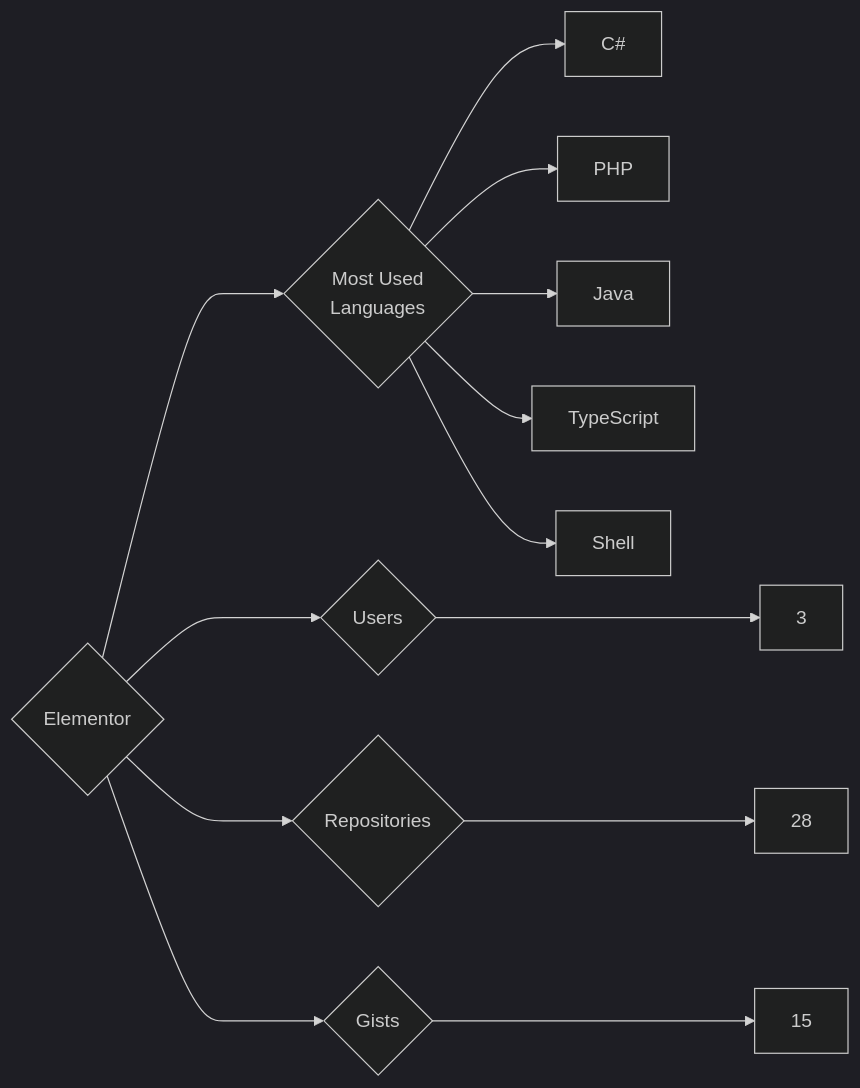
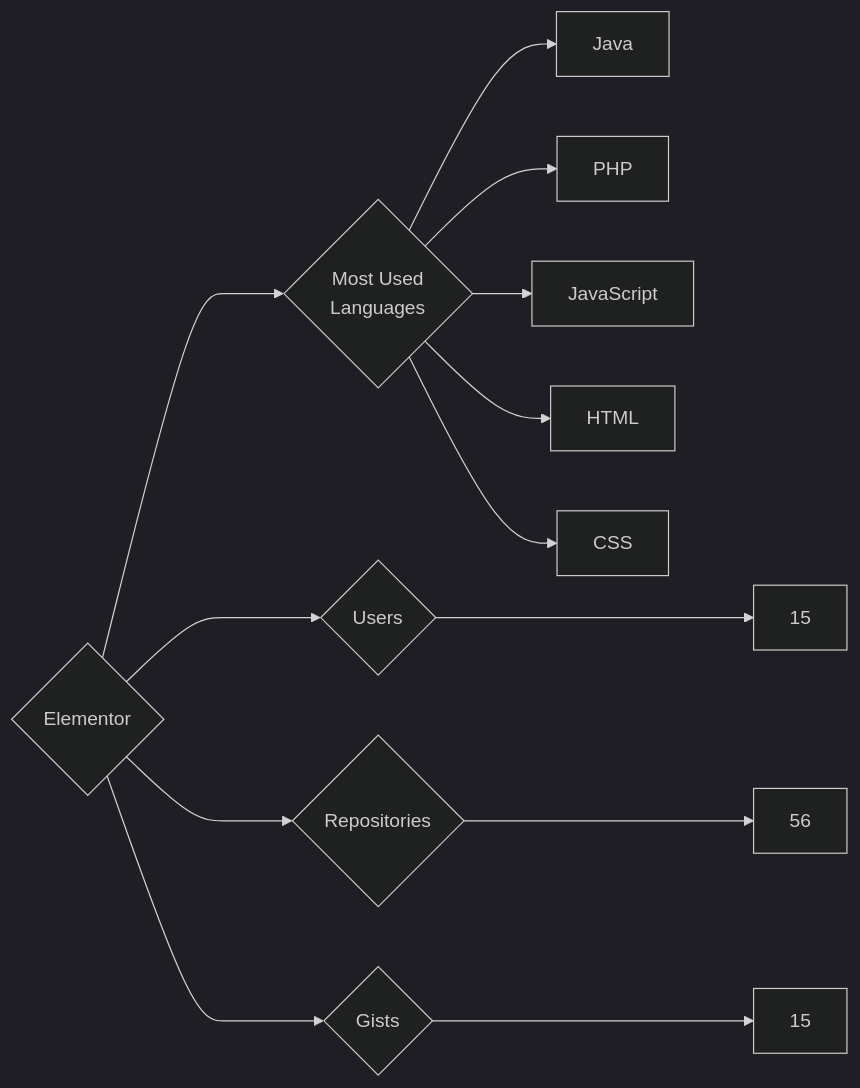
The diagram in targets/Elementor/README.md (trickest/insiders), drawn with Mermaid (dark theme) before and after one commit. The commit also changed 951 other files, not shown here.

````diff
--- a/targets/Elementor/README.md
+++ b/targets/Elementor/README.md
@@ -3,13 +3,13 @@
 ```mermaid
 graph LR
 COMPANY_NAME{Elementor}
-COMPANY_NAME ---> U{Users} ---> UN[3]
-COMPANY_NAME ---> R{Repositories} ---> RN[28]
+COMPANY_NAME ---> U{Users} ---> UN[15]
+COMPANY_NAME ---> R{Repositories} ---> RN[56]
 COMPANY_NAME ---> G{Gists} ---> GN[15]
 COMPANY_NAME ---> ML{Most Used<br>Languages}
-ML --> C#[C#]
+ML --> Java[Java]
 ML --> PHP[PHP]
-ML --> Java[Java]
-ML --> TypeScript[TypeScript]
-ML --> Shell[Shell]
+ML --> JavaScript[JavaScript]
+ML --> HTML[HTML]
+ML --> CSS[CSS]
 ```
````
